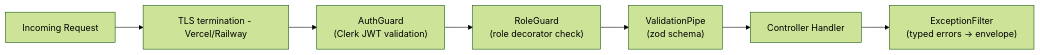
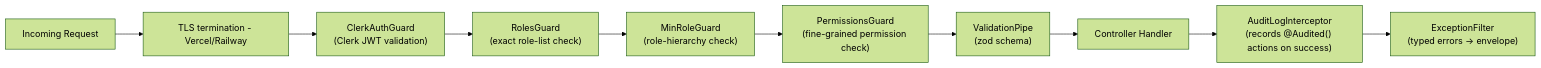
Before and after one commit to ShaiikhRafay/riznexia-platform: the eighth of 9 diagrams in docs/16-system-architecture.md, drawn with Mermaid (forest theme). The commit also changed other lines of this file and 215 other files, not shown here.

````diff
--- a/docs/16-system-architecture.md
+++ b/docs/16-system-architecture.md
@@ -386,9 +389,12 @@
 ```mermaid
 flowchart LR
     Req[Incoming Request] --> TLS[TLS termination - Vercel/Railway]
-    TLS --> AuthGuard["AuthGuard\n(Clerk JWT validation)"]
-    AuthGuard --> RoleGuard["RoleGuard\n(role decorator check)"]
-    RoleGuard --> Pipe["ValidationPipe\n(zod schema)"]
+    TLS --> AuthGuard["ClerkAuthGuard\n(Clerk JWT validation)"]
+    AuthGuard --> RoleGuard["RolesGuard\n(exact role-list check)"]
+    RoleGuard --> MinRoleGuard["MinRoleGuard\n(role-hierarchy check)"]
+    MinRoleGuard --> PermGuard["PermissionsGuard\n(fine-grained permission check)"]
+    PermGuard --> Pipe["ValidationPipe\n(zod schema)"]
     Pipe --> Handler[Controller Handler]
-    Handler --> Filter["ExceptionFilter\n(typed errors -> envelope)"]
+    Handler --> AuditInt["AuditLogInterceptor\n(records @Audited() actions on success)"]
+    AuditInt --> Filter["ExceptionFilter\n(typed errors -> envelope)"]
 ```
````
